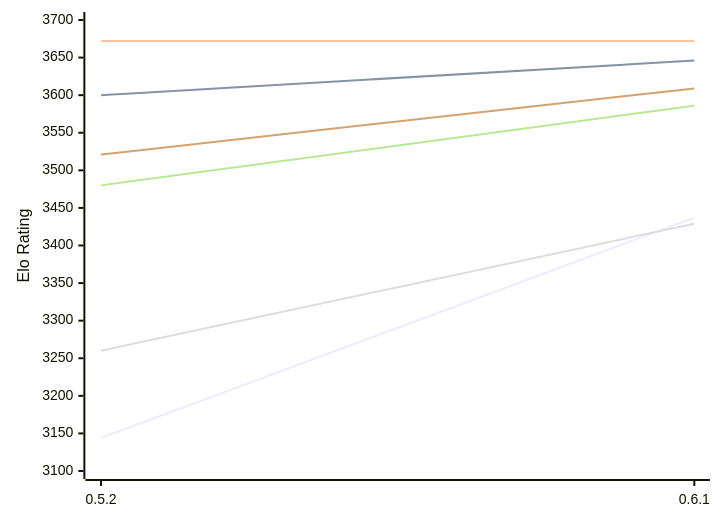
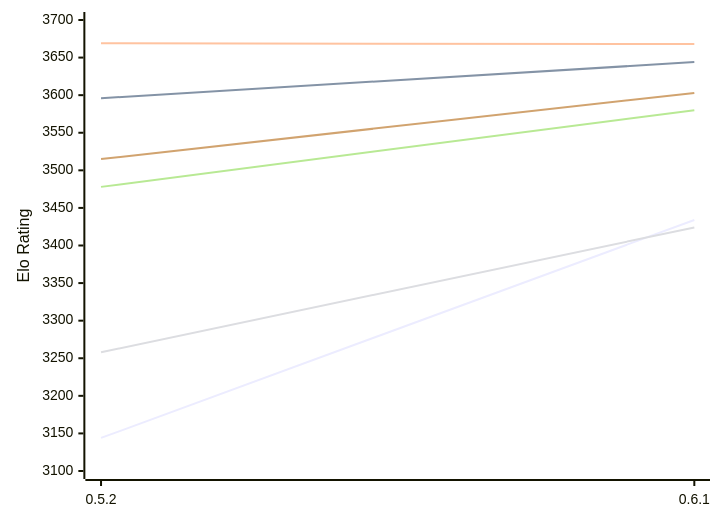
The first of 2 diagrams in engines/Cinder.md (computer-chess-index/cci), drawn with Mermaid before and after one commit. The commit also changed other lines of this file, not shown here.

Commit message:
Update CCI Ratings (ELO VLTC) - 2026-11-19

````diff
--- a/engines/Cinder.md
+++ b/engines/Cinder.md
@@ -54,12 +54,12 @@
 ```mermaid
 %%{init: {"theme":"base","themeVariables":{"seriesColors:['#a3a3a3','#222221','#faa371']}}}%%
 xychart-beta
   x-axis ["0.5.2", "0.6.1"]
   y-axis "Elo Rating" 3100 --> 3700
-  line "E1: STC (8.0+0.08s)" [3144, 3437]
-  line "E1: LTC (60.0+0.60s)" [3600, 3646]
-  line "E1: VLTC (2m24s+1.12s)" [3672, 3672]
-  line "P1: STC (8.0+0.08s)" [3260, 3429]
-  line "P1: LTC (60.0+0.60s)" [3480, 3586]
-  line "P1: VLTC (2m24s+1.12s)" [3521, 3609]
+  line "E1: STC (8.0+0.08s)" [3144, 3434]
+  line "E1: LTC (60.0+0.60s)" [3596, 3644]
+  line "E1: VLTC (2m24s+1.12s)" [3669, 3668]
+  line "P1: STC (8.0+0.08s)" [3258, 3424]
+  line "P1: LTC (60.0+0.60s)" [3478, 3580]
+  line "P1: VLTC (2m24s+1.12s)" [3515, 3603]
 ```
````
